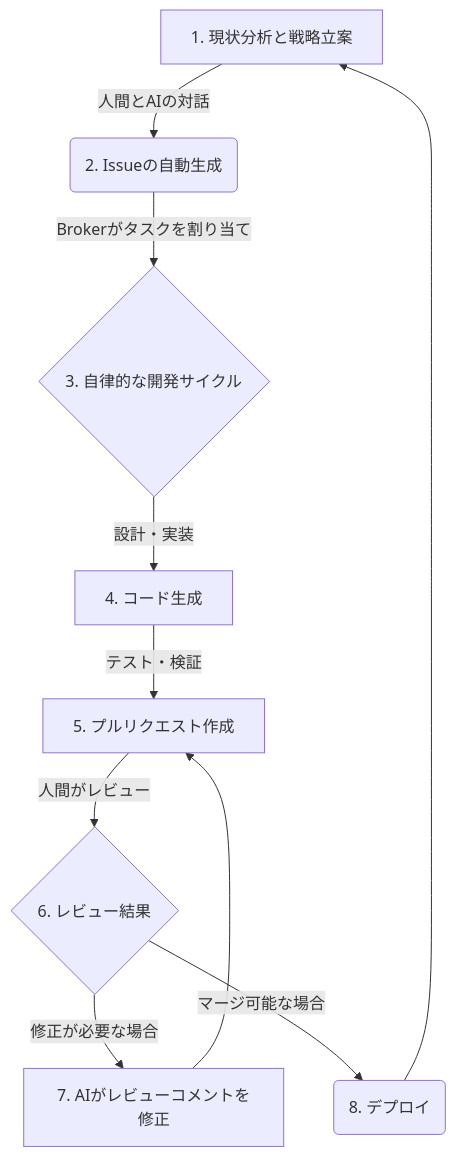
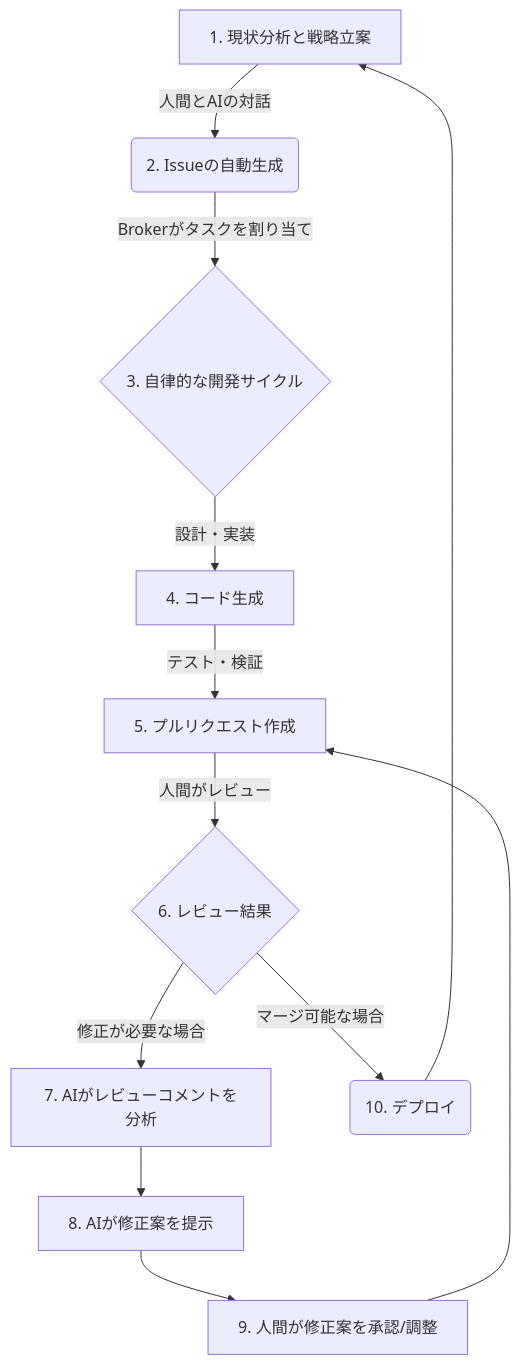
One commit to masa-codehub/github_broker changed the diagram in README.md. Above: the diagram before and after it, drawn with Mermaid.

Commit message:
docs: Update README.md with detailed review comment modification workflow (STORY #1014, TASK #1017)

````diff
--- a/README.md
+++ b/README.md
@@ -32,12 +32,14 @@
 ```mermaid
 graph TD
     A[1. 現状分析と戦略立案] -->|人間とAIの対話| B(2. Issueの自動生成);
     B -->|Brokerがタスクを割り当て| C{3. 自律的な開発サイクル};
     C -->|設計・実装| D[4. コード生成];
     D -->|テスト・検証| E[5. プルリクエスト作成];
     E -->|人間がレビュー| G{6. レビュー結果};
-    G -->|修正が必要な場合| H[7. AIがレビューコメントを修正];
-    H --> E;
-    G -->|マージ可能な場合| F(8. デプロイ);
+    G -->|修正が必要な場合| H1[7. AIがレビューコメントを分析];
+    H1 --> H2[8. AIが修正案を提示];
+    H2 --> H3[9. 人間が修正案を承認/調整];
+    H3 --> E;
+    G -->|マージ可能な場合| F(10. デプロイ);
     F --> A;
 ```
````
